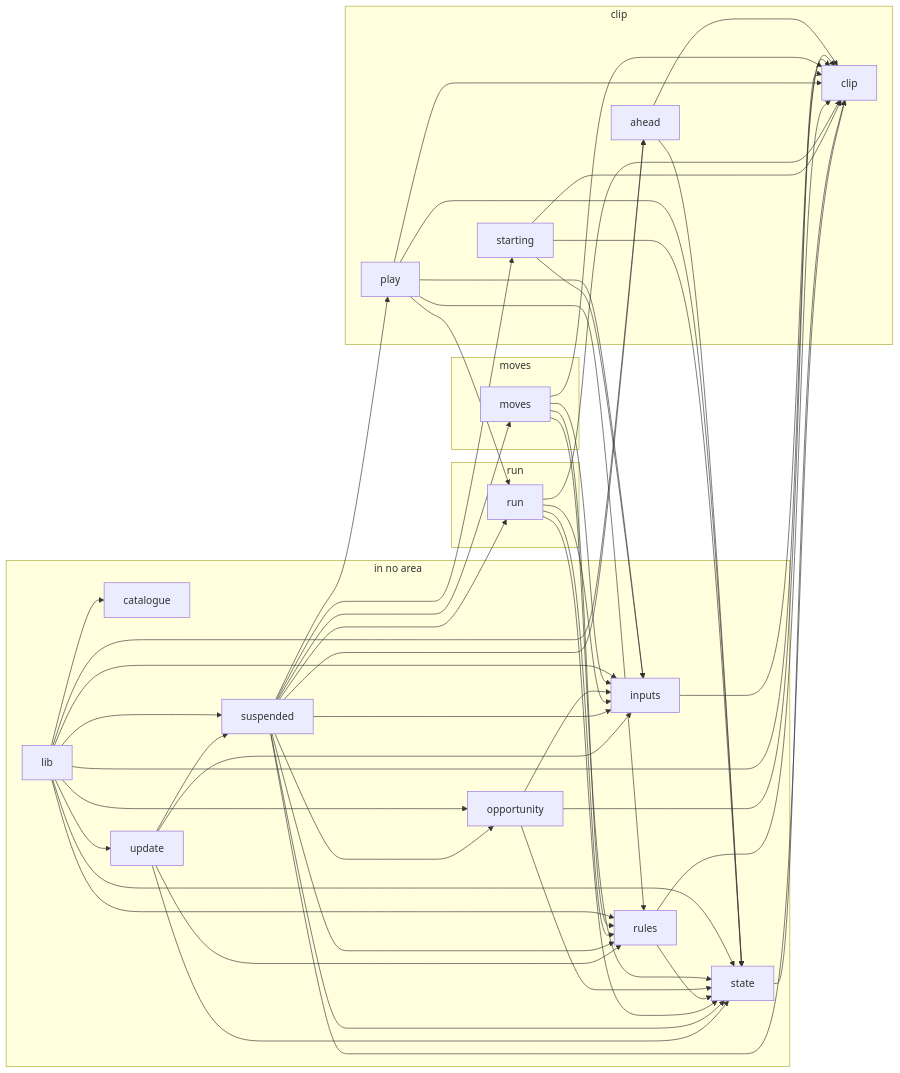
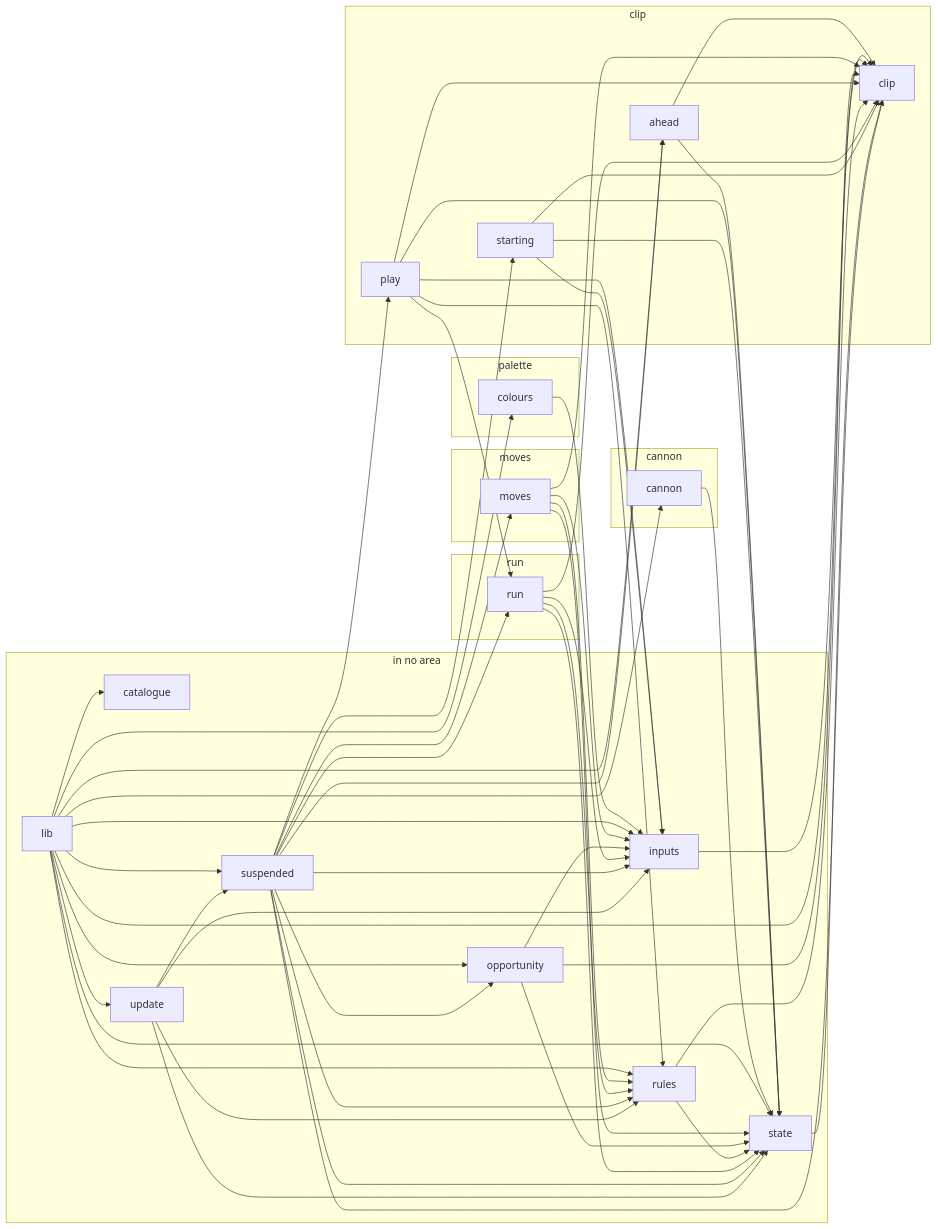
One commit to JimLundin/sm-decomp changed diagram 11 of 16 in docs/REPORT.md. Above: the diagram before and after it, drawn with Mermaid. The commit also changed other lines of this file and 297 other files, not shown here.

```diff
--- a/docs/REPORT.md
+++ b/docs/REPORT.md
@@ -1632,6 +1803,9 @@
     m_suspended["suspended"]
     m_update["update"]
   end
+  subgraph a_cannon["cannon"]
+    m_cannon["cannon"]
+  end
   subgraph a_clip["clip"]
     m_ahead["ahead"]
     m_clip["clip"]
@@ -1641,15 +1815,22 @@
   subgraph a_moves["moves"]
     m_moves["moves"]
   end
+  subgraph a_palette["palette"]
+    m_colours["colours"]
+  end
   subgraph a_run["run"]
     m_run["run"]
   end
   m_ahead --> m_clip
   m_ahead --> m_state
+  m_cannon --> m_state
+  m_colours --> m_inputs
   m_inputs --> m_clip
   m_lib --> m_ahead
+  m_lib --> m_cannon
   m_lib --> m_catalogue
   m_lib --> m_clip
+  m_lib --> m_colours
   m_lib --> m_inputs
   m_lib --> m_opportunity
   m_lib --> m_rules
```
